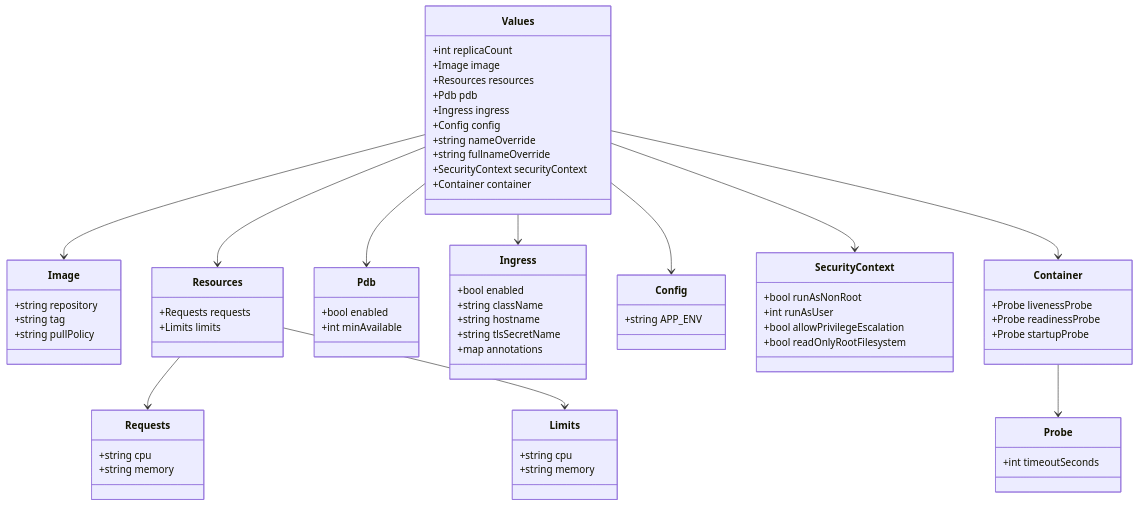
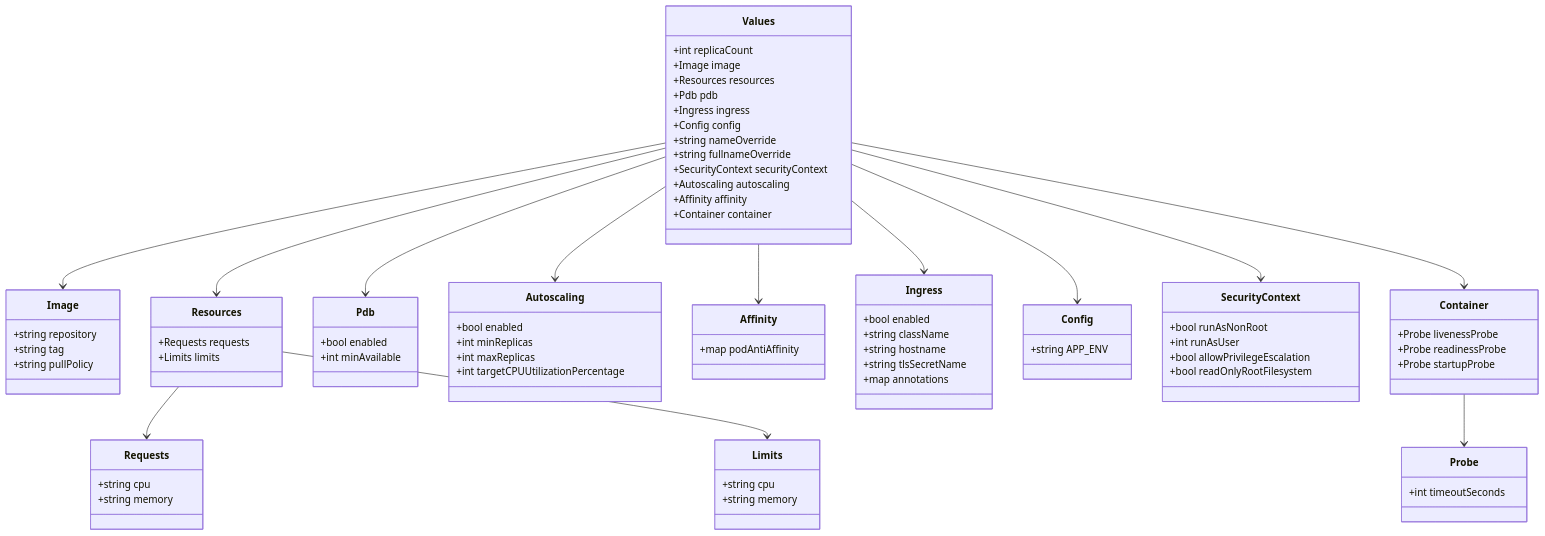
The second of 4 diagrams in docs/repository-structure.md (leynos/wildside), drawn with Mermaid before and after one commit. The commit also changed 5 other files, not shown here.

````diff
--- a/docs/repository-structure.md
+++ b/docs/repository-structure.md
@@ -137,6 +137,8 @@
       +string nameOverride
       +string fullnameOverride
       +SecurityContext securityContext
+      +Autoscaling autoscaling
+      +Affinity affinity
       +Container container
     }
     class Image {
@@ -159,6 +161,15 @@
     class Pdb {
       +bool enabled
       +int minAvailable
+    }
+    class Autoscaling {
+      +bool enabled
+      +int minReplicas
+      +int maxReplicas
+      +int targetCPUUtilizationPercentage
+    }
+    class Affinity {
+      +map<string, any> podAntiAffinity
     }
     class Ingress {
       +bool enabled
@@ -192,6 +203,8 @@
     Values --> Ingress
     Values --> Config
     Values --> SecurityContext
+    Values --> Autoscaling
+    Values --> Affinity
     Values --> Container
     Container --> Probe
 ```
````
